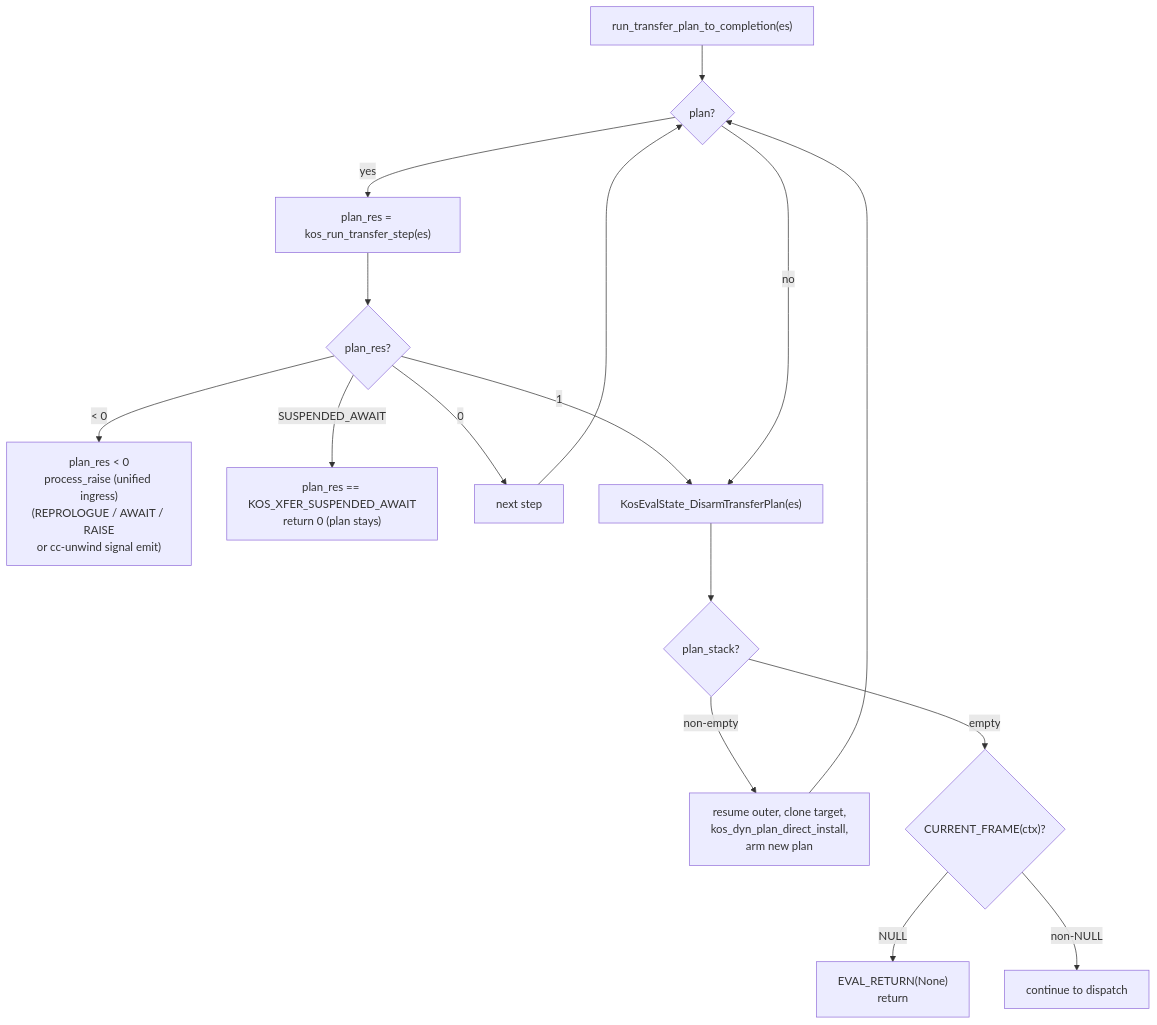
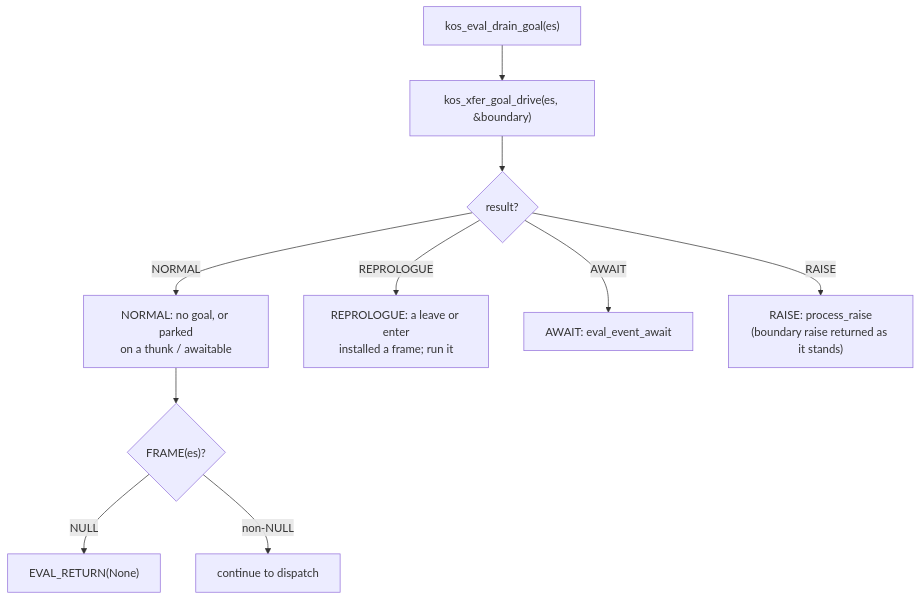
The fourth of 12 diagrams in design/EVALUATOR.md (koskari-lang/koskari), drawn with Mermaid before and after one commit. The commit also changed other lines of this file and 22 other files, not shown here.

````diff
--- a/design/EVALUATOR.md
+++ b/design/EVALUATOR.md
@@ -282,31 +280,20 @@
 ```mermaid
 flowchart TD
-    start["run_transfer_plan_to_completion(es)"]
-    has_plan{"plan?"}
-    step["plan_res = kos_run_transfer_step(es)"]
-    step_check{"plan_res?"}
-    fail["plan_res < 0<br/>process_raise (unified ingress)<br/>(REPROLOGUE / AWAIT / RAISE<br/>or cc-unwind signal emit)"]
-    suspend["plan_res == KOS_XFER_SUSPENDED_AWAIT<br/>return 0 (plan stays)"]
-    next_step["next step"]
-    clear["KosEvalState_DisarmTransferPlan(es)"]
-    stack_check{"plan_stack?"}
-    replan["resume outer, clone target,<br/>kos_dyn_plan_direct_install,<br/>arm new plan"]
-    frame_check{"CURRENT_FRAME(ctx)?"}
-    ret_none["EVAL_RETURN(None)<br/>return"]
+    start["kos_eval_drain_goal(es)"]
+    drive["kos_xfer_goal_drive(es, &boundary)"]
+    kind{"result?"}
+    normal["NORMAL: no goal, or parked<br/>on a thunk / awaitable"]
+    repro["REPROLOGUE: a leave or enter<br/>installed a frame; run it"]
+    await_["AWAIT: eval_event_await"]
+    raise_["RAISE: process_raise<br/>(boundary raise returned as it stands)"]
+    frame_check{"FRAME(es)?"}
+    ret_none["EVAL_RETURN(None)"]
 
-    start --> has_plan
-    has_plan -->|yes| step
-    step --> step_check
-    step_check -->|< 0| fail
-    step_check -->|SUSPENDED_AWAIT| suspend
-    step_check -->|1| clear
-    step_check -->|0| next_step
-    next_step --> has_plan
-    has_plan -->|no| clear
-    clear --> stack_check
-    stack_check -->|non-empty| replan
-    replan --> has_plan
-    stack_check -->|empty| frame_check
+    start --> drive --> kind
+    kind -->|NORMAL| normal --> frame_check
+    kind -->|REPROLOGUE| repro
+    kind -->|AWAIT| await_
+    kind -->|RAISE| raise_
     frame_check -->|NULL| ret_none
     frame_check -->|non-NULL| loop_next["continue to dispatch"]
 ```
````
